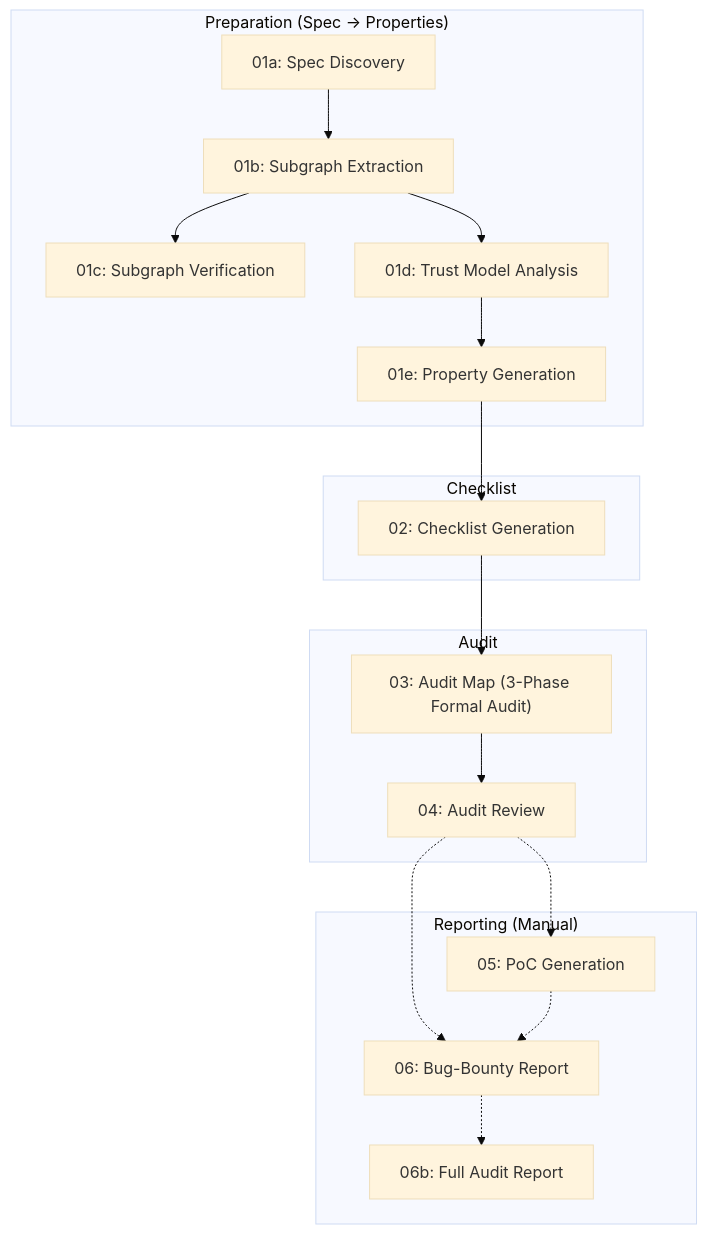
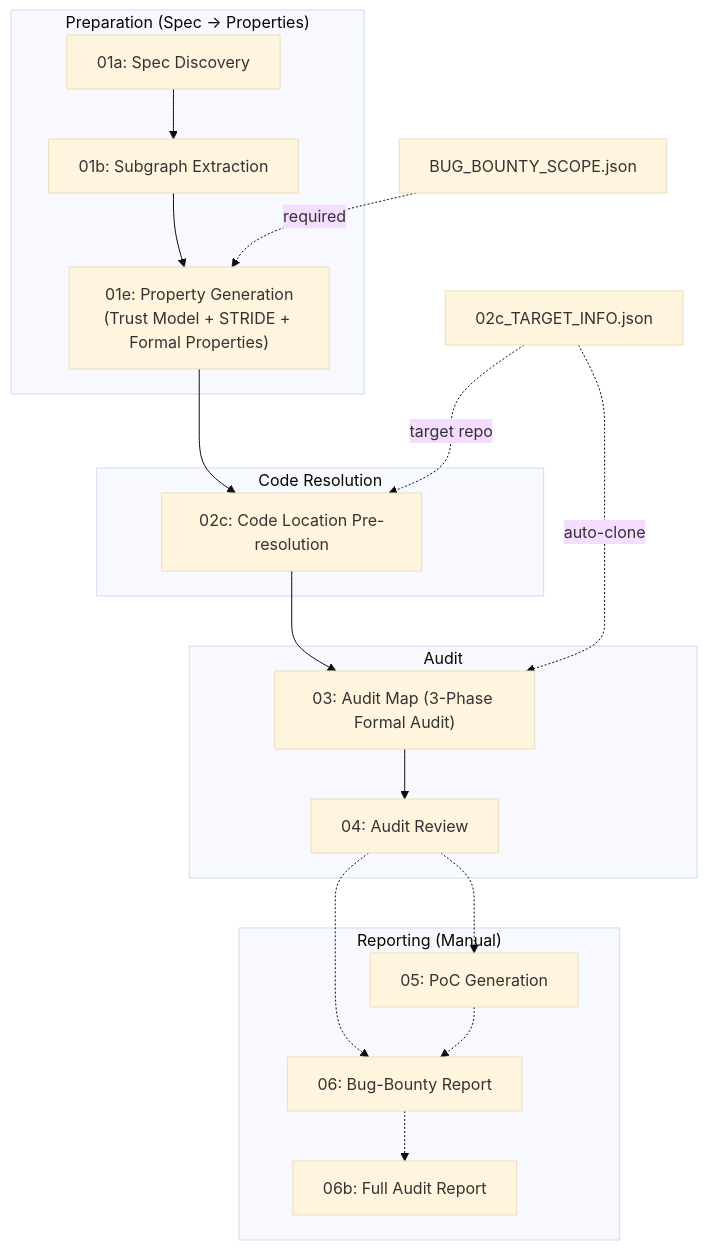
Before and after one commit to Meta-Develop/speca_for_codex: the diagram in README.md, drawn with Mermaid (base theme). The commit also changed other lines of this file and 1 other file, not shown here.

````diff
--- a/README.md
+++ b/README.md
@@ -39,25 +39,27 @@
 ```mermaid
 flowchart TB
     subgraph "Preparation (Spec → Properties)"
         A["01a: Spec Discovery"] --> B["01b: Subgraph Extraction"]
-        B --> C["01c: Subgraph Verification"]
-        B --> D["01d: Trust Model Analysis"]
-        D --> E["01e: Property Generation"]
+        B --> E["01e: Property Generation<br/>(Trust Model + STRIDE + Formal Properties)"]
     end
 
-    subgraph "Checklist"
-        E --> F["02: Checklist Generation"]
+    subgraph "Code Resolution"
+        E --> F["02c: Code Location Pre-resolution"]
     end
 
     subgraph "Audit"
         F --> G["03: Audit Map (3-Phase Formal Audit)"]
         G --> H["04: Audit Review"]
     end
 
     subgraph "Reporting (Manual)"
         H -.-> I["05: PoC Generation"]
         H -.-> J["06: Bug-Bounty Report"]
         I -.-> J
         J -.-> K["06b: Full Audit Report"]
     end
+
+    BBS["BUG_BOUNTY_SCOPE.json"] -.->|required| E
+    TI["02c_TARGET_INFO.json"] -.->|target repo| F
+    TI -.->|auto-clone| G
 ```
````
